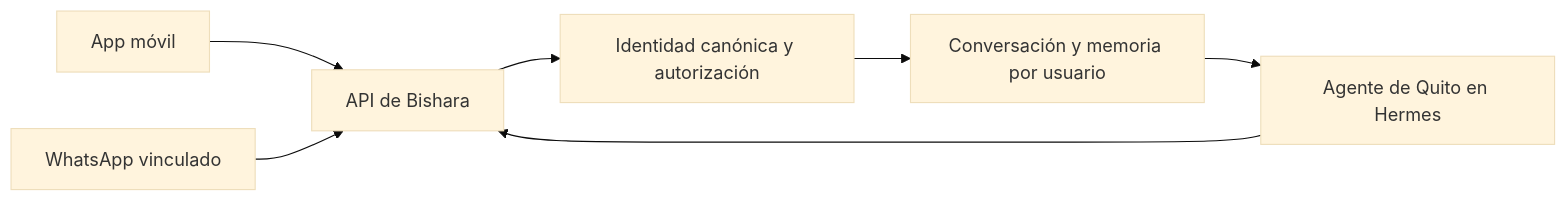
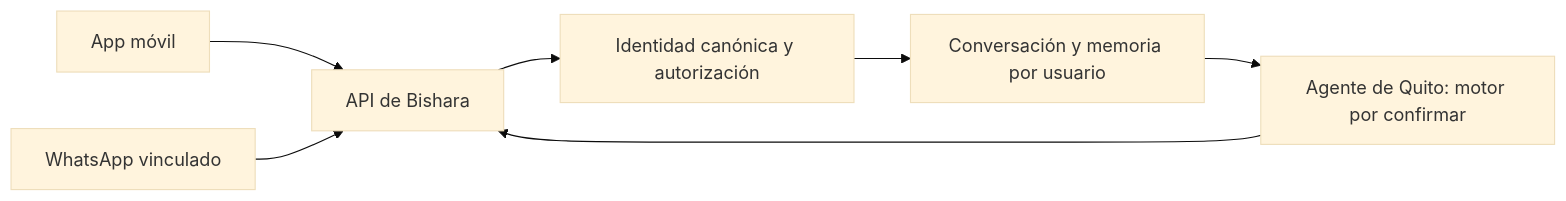
Before and after one commit to cbishara/SolsetsHack: the diagram in docs/equipo/amaru/DISENO_MOBILE.md, drawn with Mermaid (base theme). The commit also changed other lines of this file and 19 other files, not shown here.

````diff
--- a/docs/equipo/amaru/DISENO_MOBILE.md
+++ b/docs/equipo/amaru/DISENO_MOBILE.md
@@ -54,9 +54,9 @@
 ```mermaid
 flowchart LR
   M[App móvil] --> S[API de Bishara]
   W[WhatsApp vinculado] --> S
   S --> I[Identidad canónica y autorización]
   I --> C[Conversación y memoria por usuario]
-  C --> A[Agente de Quito en Hermes]
+  C --> A[Agente de Quito: motor por confirmar]
   A --> S
 ```
````
